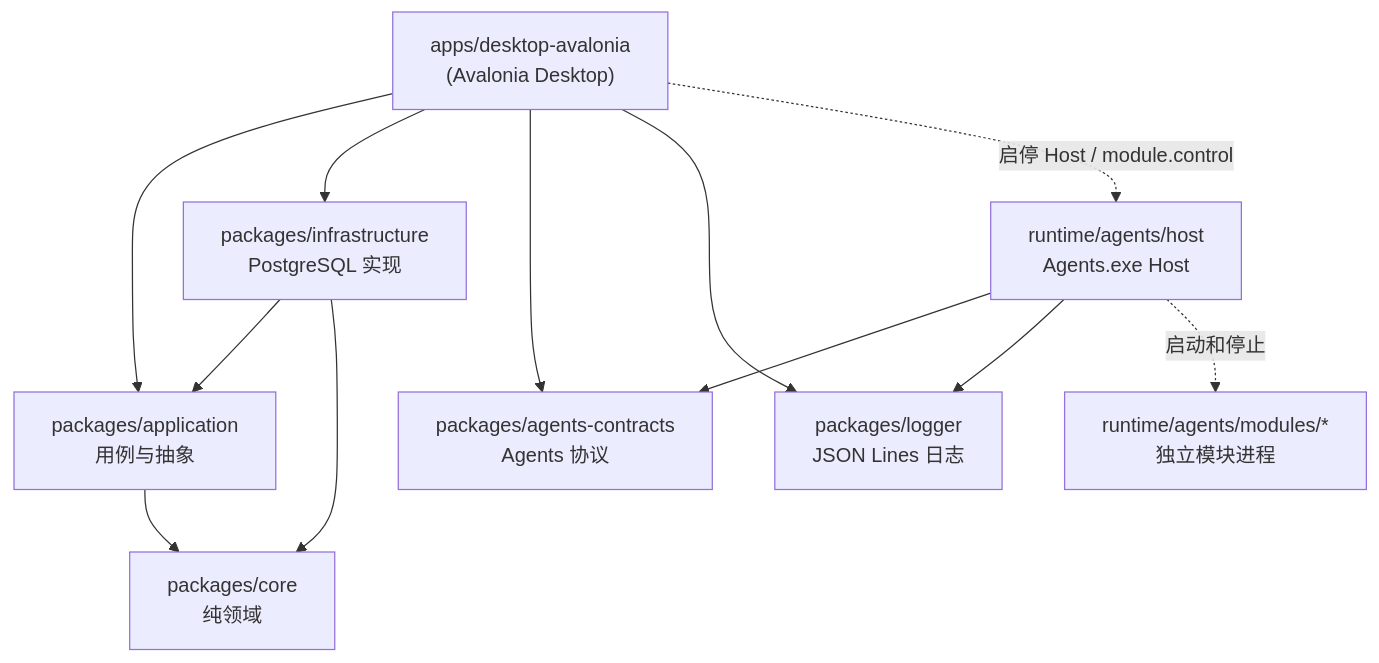
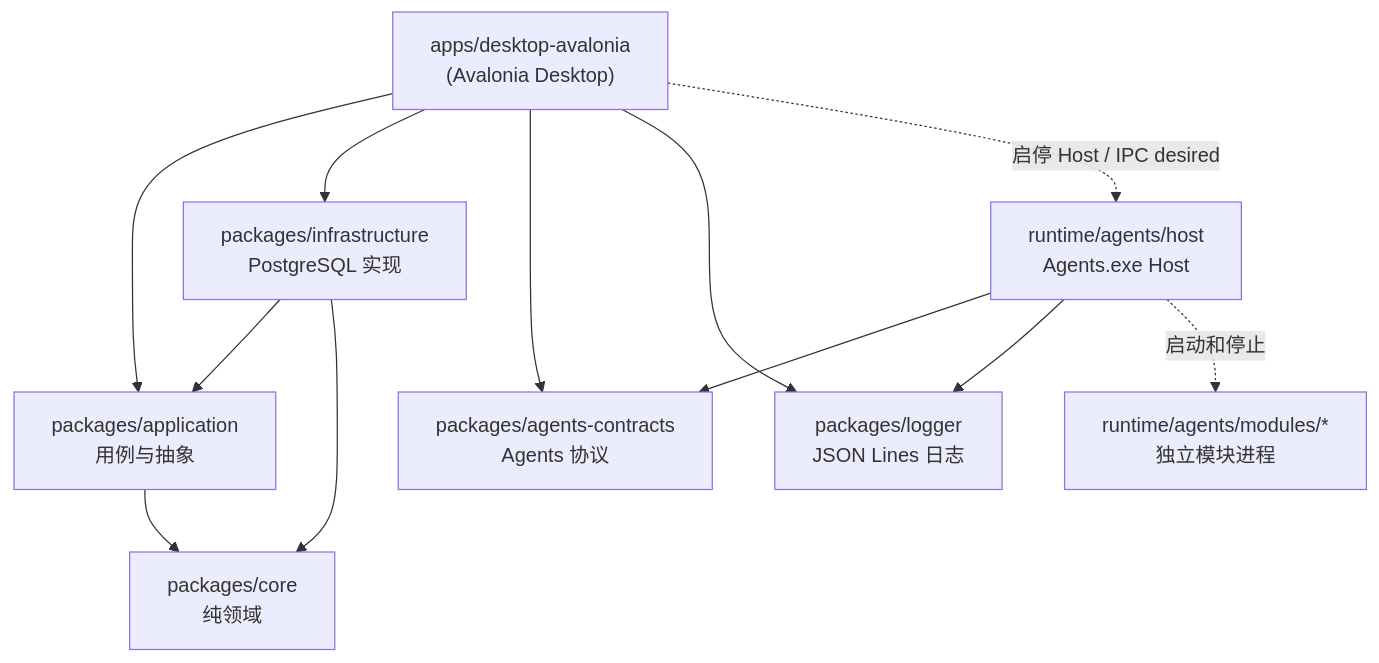
Before and after one commit to pacmandoh/pactoolkits: the diagram in docs/architecture/layering.md, drawn with Mermaid. The commit also changed other lines of this file and 6 other files, not shown here.

First line of the commit message:
docs: document Agents desired and Host supervision model

````diff
--- a/docs/architecture/layering.md
+++ b/docs/architecture/layering.md
@@ -7,23 +7,23 @@
 ```mermaid
 flowchart TB
     DESKTOP["apps/desktop-avalonia\n(Avalonia Desktop)"]
     APP["packages/application\n用例与抽象"]
     INF["packages/infrastructure\nPostgreSQL 实现"]
     CORE["packages/core\n纯领域"]
     AGENT["packages/agents-contracts\nAgents 协议"]
     LOGGER["packages/logger\nJSON Lines 日志"]
     HOST["runtime/agents/host\nAgents.exe Host"]
     MODULE["runtime/agents/modules/*\n独立模块进程"]
 
     DESKTOP --> APP
     DESKTOP --> INF
     DESKTOP --> AGENT
     DESKTOP --> LOGGER
     HOST --> AGENT
     HOST --> LOGGER
     INF --> APP
     INF --> CORE
     APP --> CORE
-    DESKTOP -.->|启停 Host / module.control| HOST
+    DESKTOP -.->|启停 Host / IPC desired| HOST
     HOST -.->|启动和停止| MODULE
 ```
````
